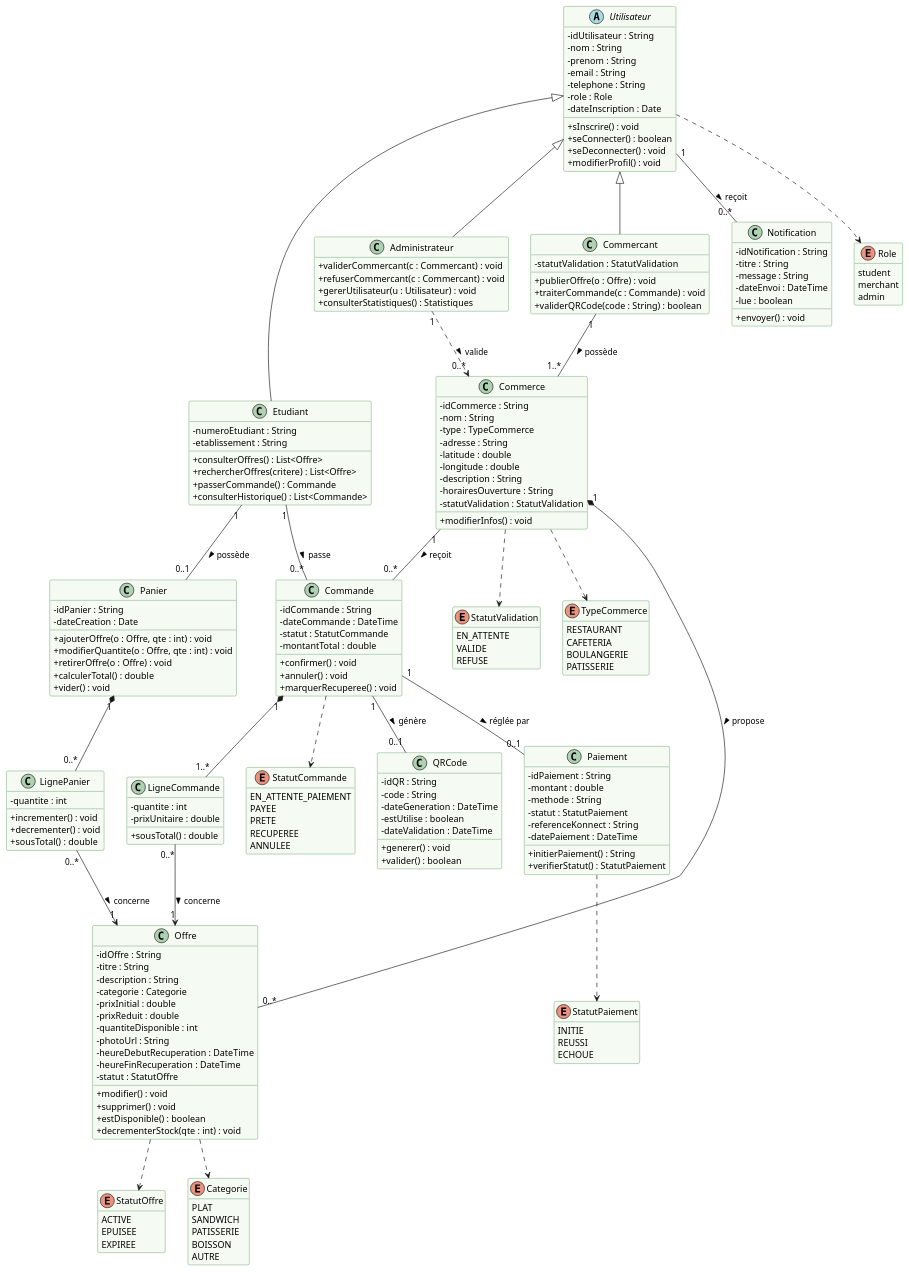
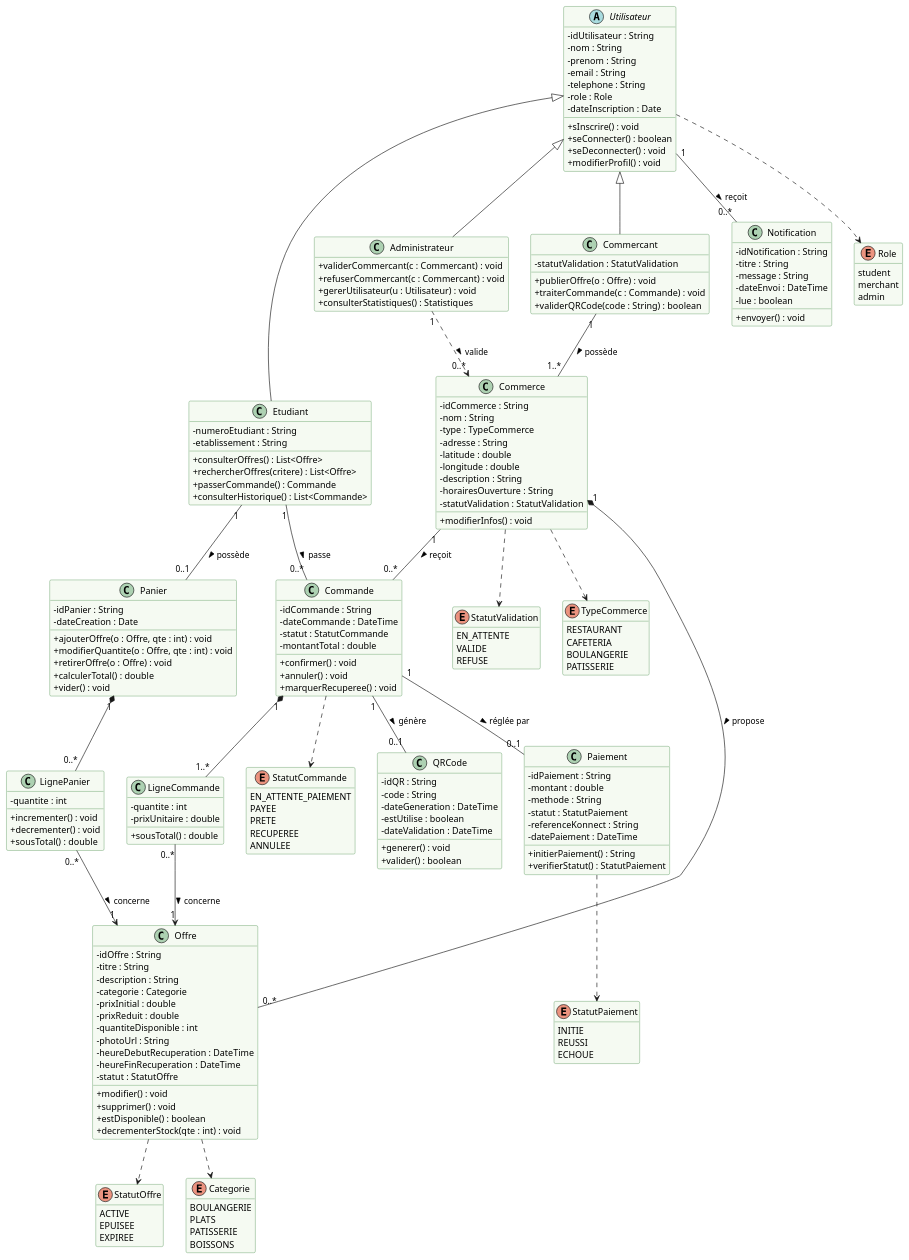
Before and after one commit to RanimObaia/CAMPUSSAVE: the diagram in docs/uml/classes.puml, drawn with PlantUML. The commit also changed 5 other files, not shown here.

Commit message:
UML : cas « Recevoir l'email de confirmation » et enum Categorie alignée sur le code

```diff
--- a/docs/uml/classes.puml
+++ b/docs/uml/classes.puml
@@ -172,11 +172,10 @@
   ECHOUE
 }
 enum Categorie {
-  PLAT
-  SANDWICH
+  BOULANGERIE
+  PLATS
   PATISSERIE
-  BOISSON
-  AUTRE
+  BOISSONS
 }
 
 Utilisateur <|-- Etudiant
```
